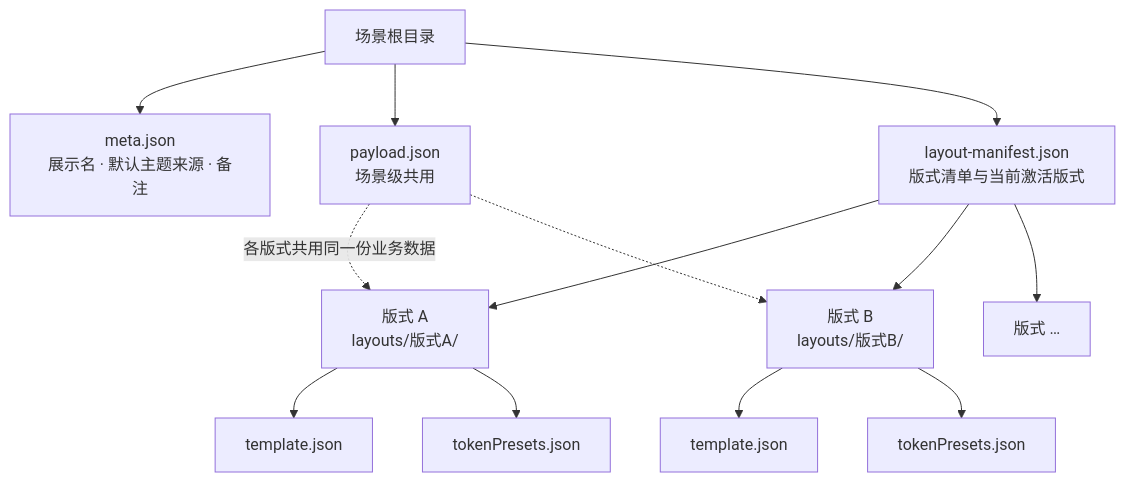
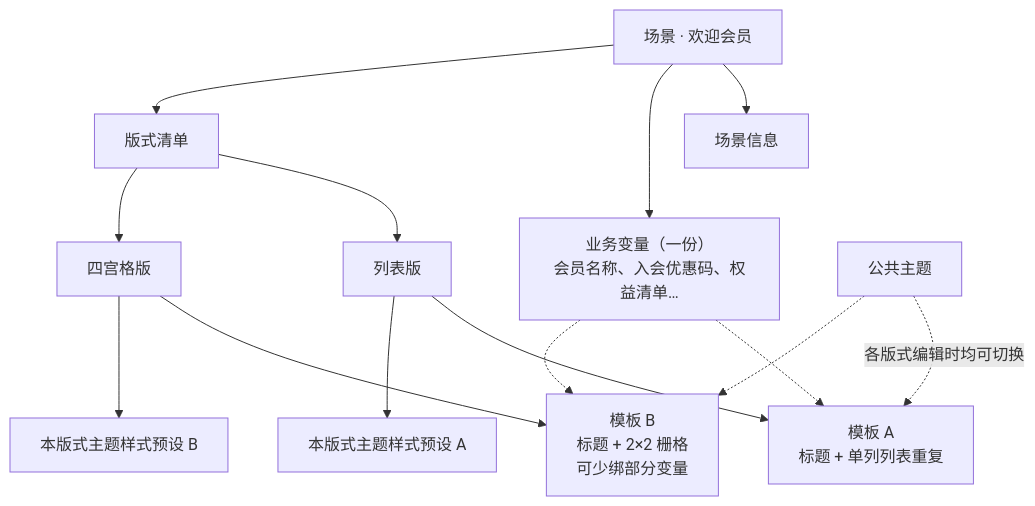
One commit to q346407440/emailbuilder3.0 changed diagram 11 of 16 in docs/prd.md. Above: the diagram before and after it, drawn with Mermaid. The commit also changed other lines of this file and 482 other files, not shown here.

````diff
--- a/docs/prd.md
+++ b/docs/prd.md
@@ -39,21 +1231,17 @@
 ```mermaid
 flowchart TB
-  root["场景根目录"]
-
-  root --> meta["meta.json<br/>展示名 · 默认主题来源 · 备注"]
-  root --> payload["payload.json<br/>场景级共用"]
-  root --> manifest["layout-manifest.json<br/>版式清单与当前激活版式"]
-
-  manifest --> v1["版式 A<br/>layouts/版式A/"]
-  manifest --> v2["版式 B<br/>layouts/版式B/"]
-  manifest --> vn["版式 …"]
-
-  v1 --> t1["template.json"]
-  v1 --> k1["tokenPresets.json"]
-
-  v2 --> t2["template.json"]
-  v2 --> k2["tokenPresets.json"]
-
-  payload -.->|"各版式共用同一份业务数据"| v1
-  payload -.-> v2
+  s["场景 · 欢迎会员"]
+  s --> info2["场景信息"]
+  s --> data2["业务变量（一份）<br/>会员名称、入会优惠码、权益清单…"]
+  s --> list2["版式清单"]
+  list2 --> LA["列表版"]
+  list2 --> LB["四宫格版"]
+  LA --> tA["模板 A<br/>标题 + 单列列表重复"]
+  LA --> thA["本版式主题样式预设 A"]
+  LB --> tB["模板 B<br/>标题 + 2×2 栅格<br/>可少绑部分变量"]
+  LB --> thB["本版式主题样式预设 B"]
+  pub2["公共主题"] -.->|"各版式编辑时均可切换"| tA
+  pub2 -.-> tB
+  data2 -.-> tA
+  data2 -.-> tB
 ```
````
